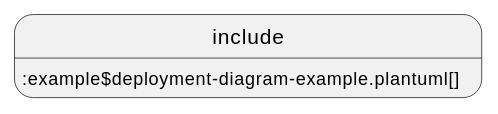
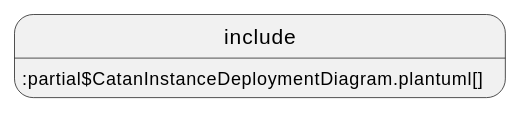
Before and after one commit to Bobinho44/PROJET_OOAD_M1: the second of 5 diagrams in catan-doc/modules/architecture/pages/architecture.adoc, drawn with PlantUML. The commit also changed other lines of this file and 5 other files, not shown here.

```diff
--- a/catan-doc/modules/architecture/pages/architecture.adoc
+++ b/catan-doc/modules/architecture/pages/architecture.adoc
@@ -41,4 +41,4 @@
 [plantuml]
 ----
-include::example$deployment-diagram-example.plantuml[]
+include::partial$CatanInstanceDeploymentDiagram.plantuml[]
 ----
```
